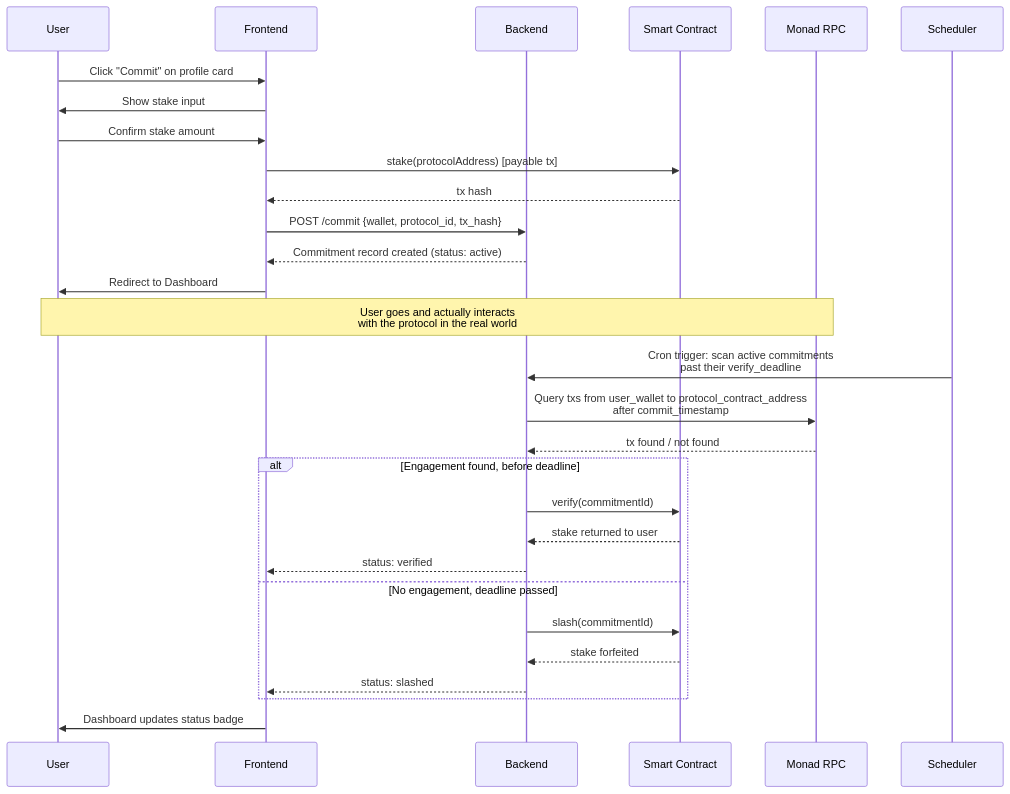
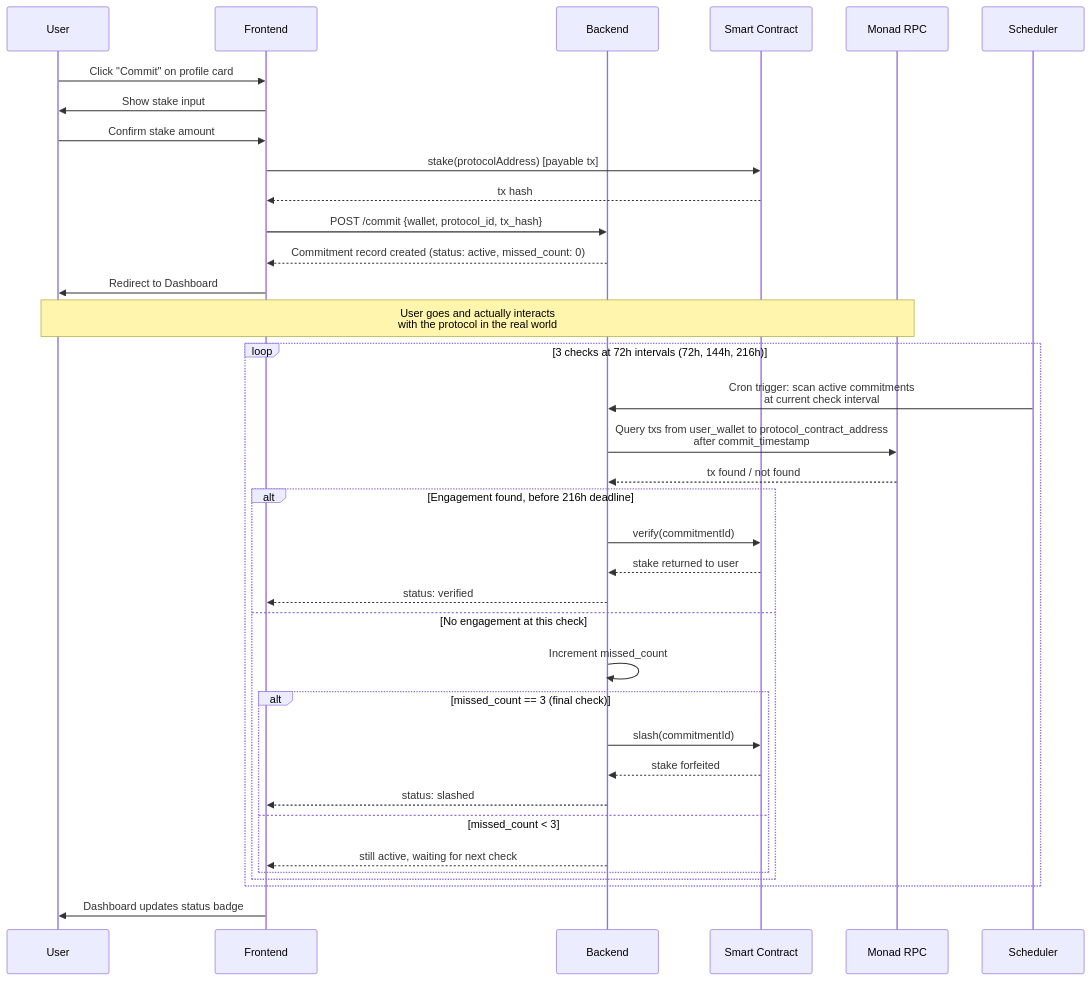
One commit to tobiawolaju/KYP changed the second of 2 diagrams in Architecture.MD. Above: the diagram before and after it, drawn with Mermaid. The commit also changed other lines of this file and 32 other files, not shown here.

First line of the commit message:
Full stack integration: real contract calls, backend persistence, API client, structured protocol schema, worker, favorites, protocols endpoints

````diff
--- a/Architecture.MD
+++ b/Architecture.MD
@@ -112,34 +119,41 @@
 ```mermaid
 sequenceDiagram
     participant U as User
     participant F as Frontend
     participant B as Backend
     participant C as Smart Contract
     participant RPC as Monad RPC
     participant Sched as Scheduler
 
     U->>F: Click "Commit" on profile card
     F->>U: Show stake input
     U->>F: Confirm stake amount
     F->>C: stake(protocolAddress) [payable tx]
     C-->>F: tx hash
     F->>B: POST /commit {wallet, protocol_id, tx_hash}
-    B-->>F: Commitment record created (status: active)
+    B-->>F: Commitment record created (status: active, missed_count: 0)
     F->>U: Redirect to Dashboard
 
     Note over U,RPC: User goes and actually interacts<br/>with the protocol in the real world
 
-    Sched->>B: Cron trigger: scan active commitments<br/>past their verify_deadline
-    B->>RPC: Query txs from user_wallet to protocol_contract_address<br/>after commit_timestamp
-    RPC-->>B: tx found / not found
-    alt Engagement found, before deadline
-        B->>C: verify(commitmentId)
-        C-->>B: stake returned to user
-        B-->>F: status: verified
-    else No engagement, deadline passed
-        B->>C: slash(commitmentId)
-        C-->>B: stake forfeited
-        B-->>F: status: slashed
+    loop 3 checks at 72h intervals (72h, 144h, 216h)
+        Sched->>B: Cron trigger: scan active commitments<br/>at current check interval
+        B->>RPC: Query txs from user_wallet to protocol_contract_address<br/>after commit_timestamp
+        RPC-->>B: tx found / not found
+        alt Engagement found, before 216h deadline
+            B->>C: verify(commitmentId)
+            C-->>B: stake returned to user
+            B-->>F: status: verified
+        else No engagement at this check
+            B->>B: Increment missed_count
+            alt missed_count == 3 (final check)
+                B->>C: slash(commitmentId)
+                C-->>B: stake forfeited
+                B-->>F: status: slashed
+            else missed_count < 3
+                B-->>F: still active, waiting for next check
+            end
+        end
     end
     F->>U: Dashboard updates status badge
 ```
````
